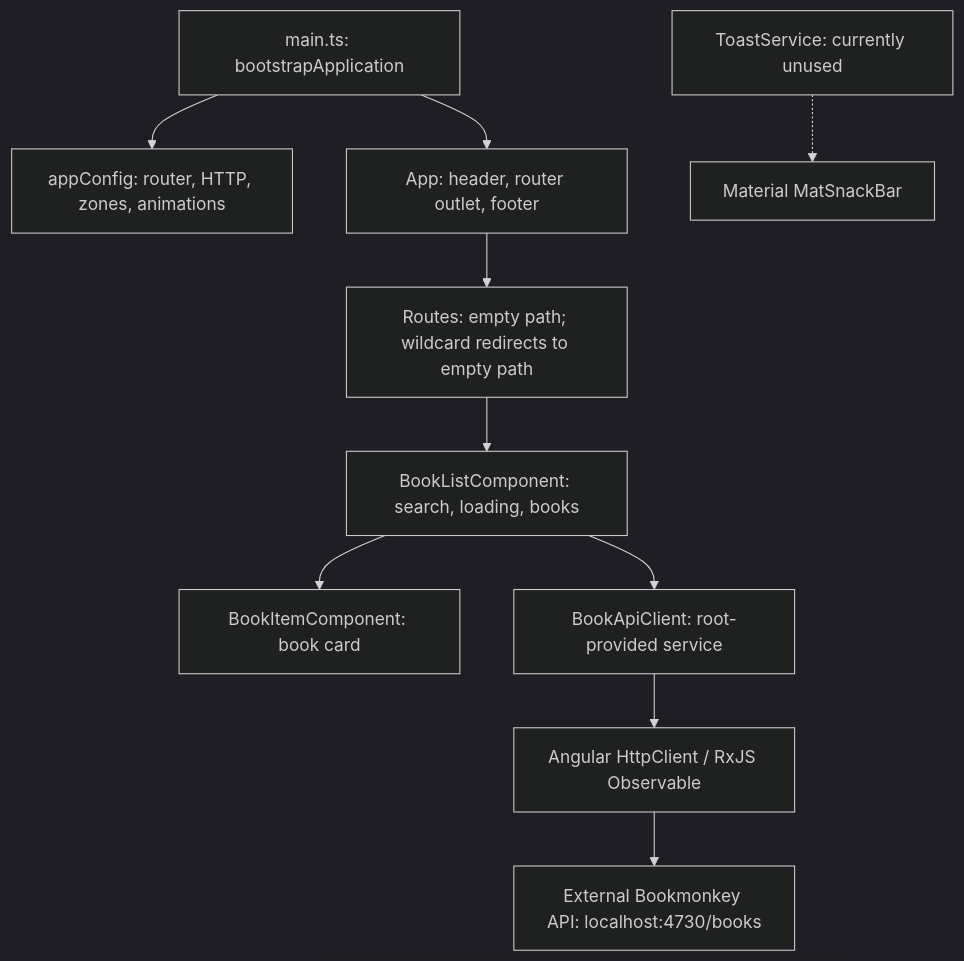
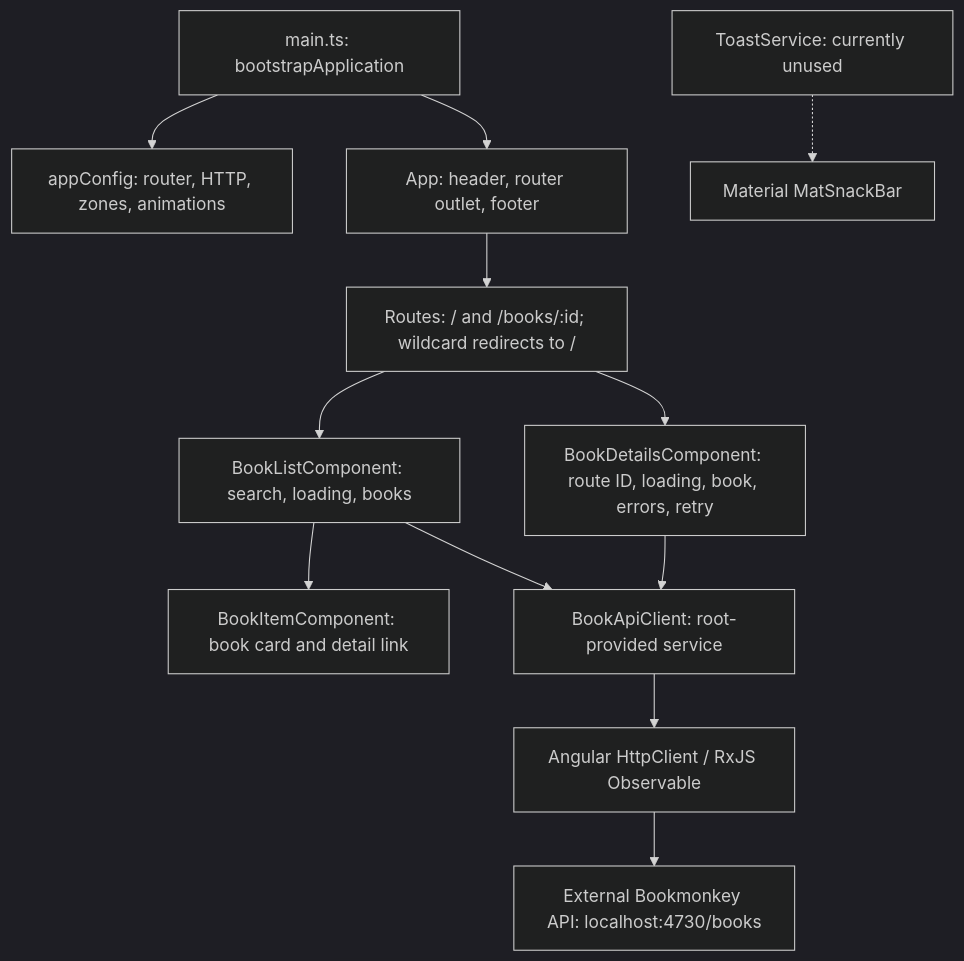
Before and after one commit to workshops-de/ki-software-engineer: the diagram in ARCHITECTURE.md, drawn with Mermaid (dark theme). The commit also changed other lines of this file, not shown here.

Commit message:
docs: update architecture documentation for BookMonkey application to reflect book details feature

````diff
--- a/ARCHITECTURE.md
+++ b/ARCHITECTURE.md
@@ -11,12 +11,14 @@
 ```mermaid
 flowchart TD
     Main["main.ts: bootstrapApplication"] --> Config["appConfig: router, HTTP, zones, animations"]
     Main --> App["App: header, router outlet, footer"]
-    App --> Routes["Routes: empty path; wildcard redirects to empty path"]
+    App --> Routes["Routes: / and /books/:id; wildcard redirects to /"]
     Routes --> List["BookListComponent: search, loading, books"]
-    List --> Item["BookItemComponent: book card"]
+    Routes --> Details["BookDetailsComponent: route ID, loading, book, errors, retry"]
+    List --> Item["BookItemComponent: book card and detail link"]
     List --> Client["BookApiClient: root-provided service"]
+    Details --> Client
     Client --> Http["Angular HttpClient / RxJS Observable"]
     Http --> API["External Bookmonkey API: localhost:4730/books"]
     Toast["ToastService: currently unused"] -.-> Snack["Material MatSnackBar"]
 ```
````
